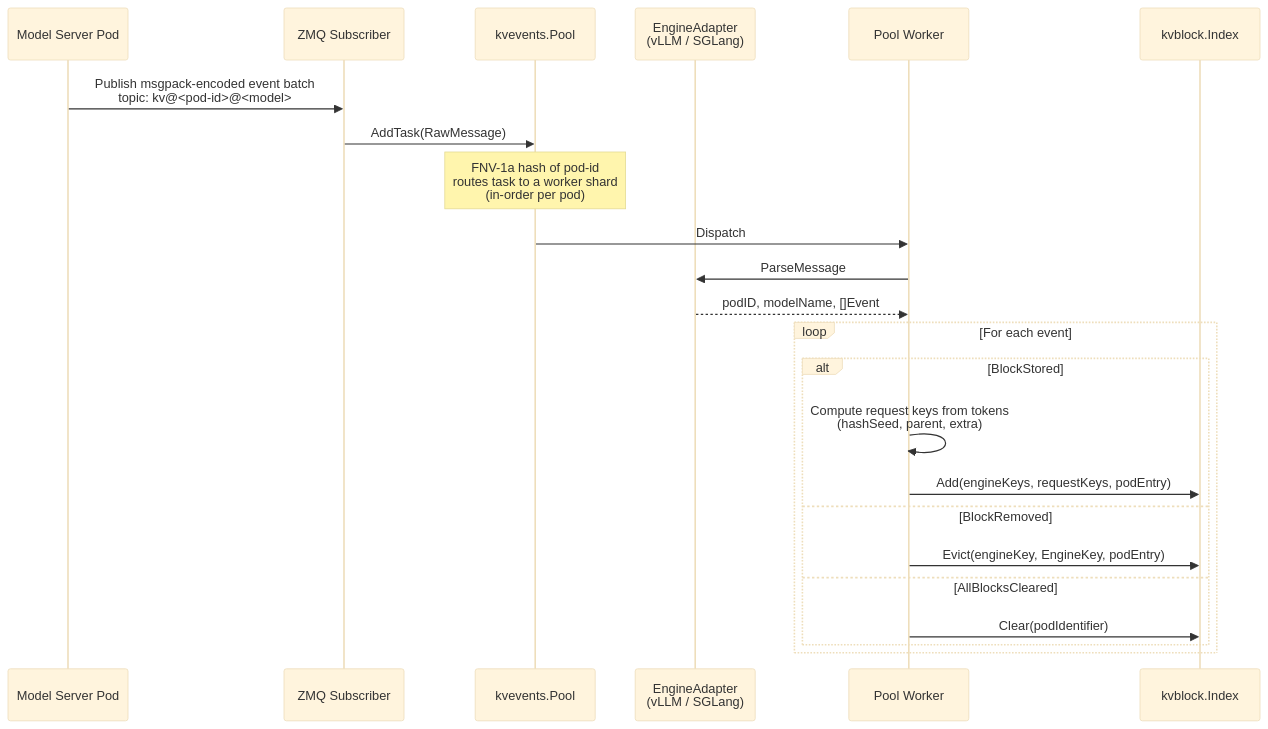
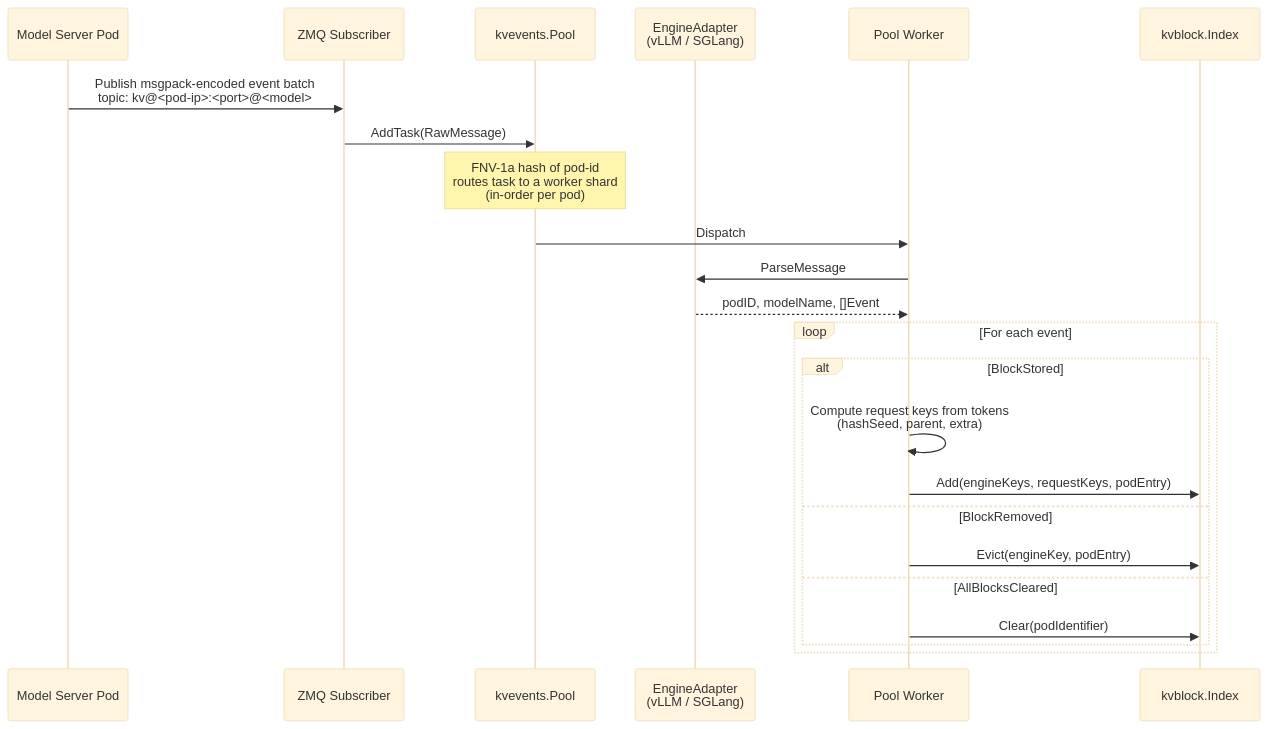
Before and after one commit to llm-d/llm-d: the second of 4 diagrams in docs/wip-docs-new/architecture/advanced/kv-indexer.md, drawn with Mermaid (base theme). The commit also changed other lines of this file, not shown here.

````diff
--- a/docs/wip-docs-new/architecture/advanced/kv-indexer.md
+++ b/docs/wip-docs-new/architecture/advanced/kv-indexer.md
@@ -84,27 +84,27 @@
 ```mermaid
 sequenceDiagram
     participant MS as Model Server Pod
     participant Sub as ZMQ Subscriber
     participant Pool as kvevents.Pool
     participant Adapter as EngineAdapter<br/>(vLLM / SGLang)
     participant Worker as Pool Worker
     participant Index as kvblock.Index
 
-    MS->>Sub: Publish msgpack-encoded event batch<br/>topic: kv@<pod-id>@<model>
+    MS->>Sub: Publish msgpack-encoded event batch<br/>topic: kv@<pod-ip>:<port>@<model>
     Sub->>Pool: AddTask(RawMessage)
     Note over Pool: FNV-1a hash of pod-id<br/>routes task to a worker shard<br/>(in-order per pod)
     Pool->>Worker: Dispatch
     Worker->>Adapter: ParseMessage
     Adapter-->>Worker: podID, modelName, []Event
 
     loop For each event
         alt BlockStored
             Worker->>Worker: Compute request keys from tokens<br/>(hashSeed, parent, extra)
             Worker->>Index: Add(engineKeys, requestKeys, podEntry)
         else BlockRemoved
-            Worker->>Index: Evict(engineKey, EngineKey, podEntry)
+            Worker->>Index: Evict(engineKey, podEntry)
         else AllBlocksCleared
             Worker->>Index: Clear(podIdentifier)
         end
     end
 ```
````
